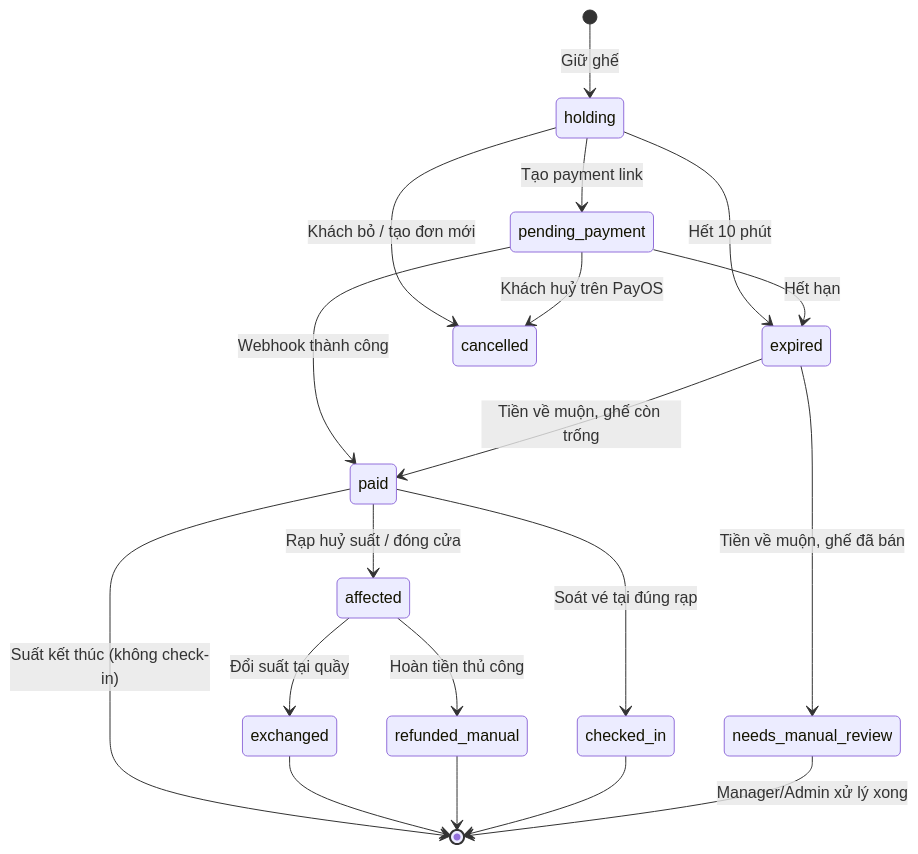
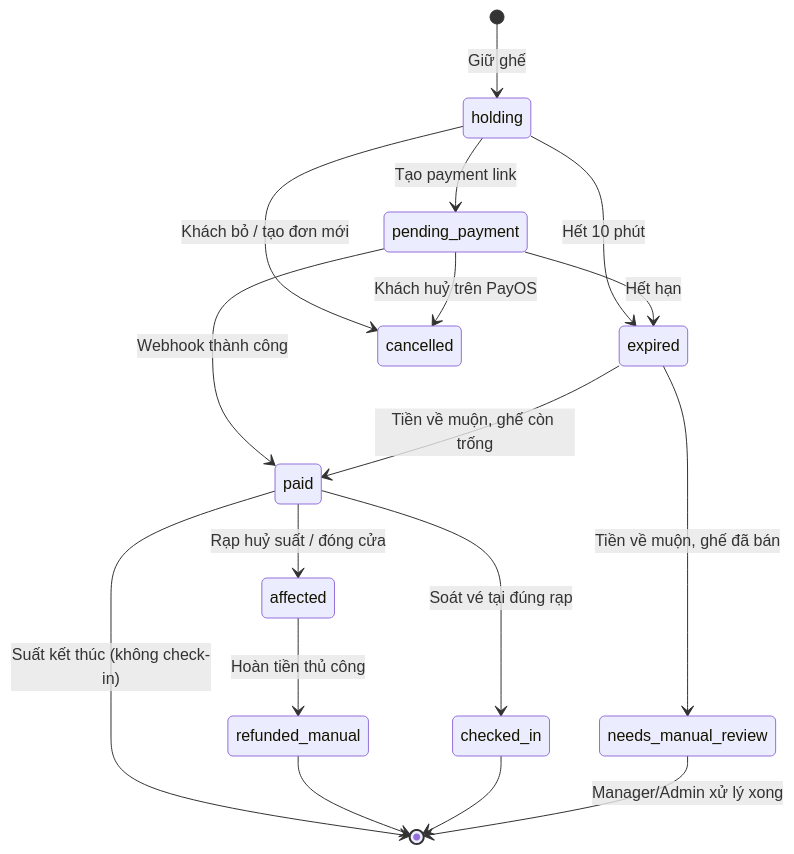
Before and after one commit to DucDMinh/FilmBooking: the fifth of 5 diagrams in docs/BRD.md, drawn with Mermaid. The commit also changed other lines of this file and 16 other files, not shown here.

````diff
--- a/docs/BRD.md
+++ b/docs/BRD.md
@@ -500,21 +501,19 @@
 ```mermaid
 stateDiagram-v2
     [*] --> holding: Giữ ghế
     holding --> pending_payment: Tạo payment link
     holding --> expired: Hết 10 phút
     holding --> cancelled: Khách bỏ / tạo đơn mới
     pending_payment --> paid: Webhook thành công
     pending_payment --> cancelled: Khách huỷ trên PayOS
     pending_payment --> expired: Hết hạn
     expired --> paid: Tiền về muộn, ghế còn trống
     expired --> needs_manual_review: Tiền về muộn, ghế đã bán
     paid --> checked_in: Soát vé tại đúng rạp
     paid --> [*]: Suất kết thúc (không check-in)
     paid --> affected: Rạp huỷ suất / đóng cửa
-    affected --> exchanged: Đổi suất tại quầy
     affected --> refunded_manual: Hoàn tiền thủ công
-    exchanged --> [*]
     refunded_manual --> [*]
     checked_in --> [*]
     needs_manual_review --> [*]: Manager/Admin xử lý xong
 ```
````
